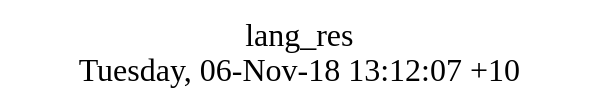
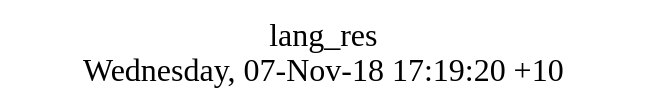
The diagram in src/lang_res/struct.dot (AplaProject/apps), drawn with Graphviz before and after one commit. The commit also changed 20 other files, not shown here.

```diff
--- a/src/lang_res/struct.dot
+++ b/src/lang_res/struct.dot
@@ -1,8 +1,8 @@
 digraph G {
 fontsize="24";
-label="lang_res\nTuesday, 06-Nov-18 13:12:07 +10";
+label="lang_res\nWednesday, 07-Nov-18 17:19:20 +10";
 nojustify=true;
 ordering=out;
 rankdir=LR;
 size="30";
 }
```
